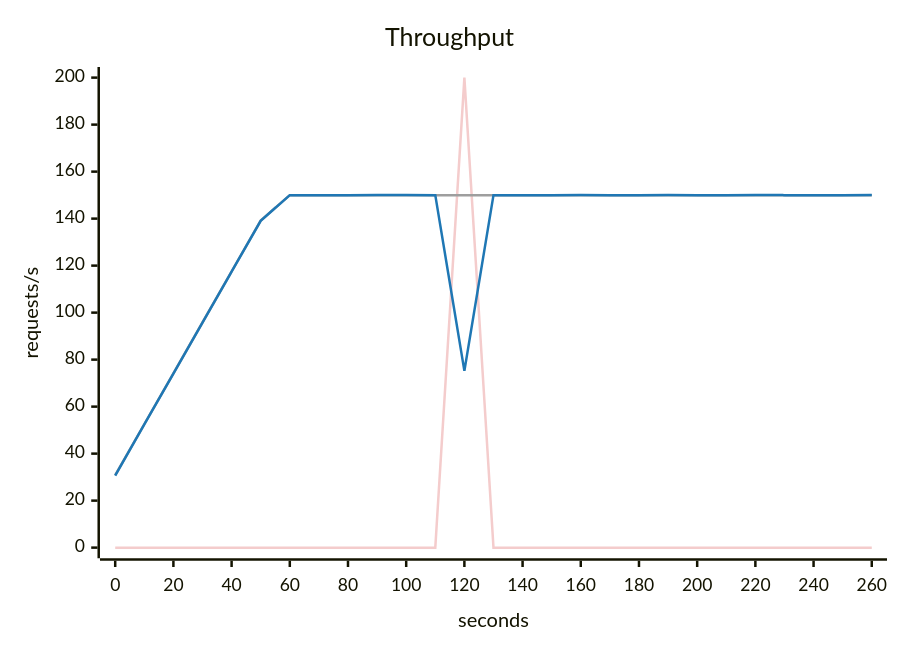
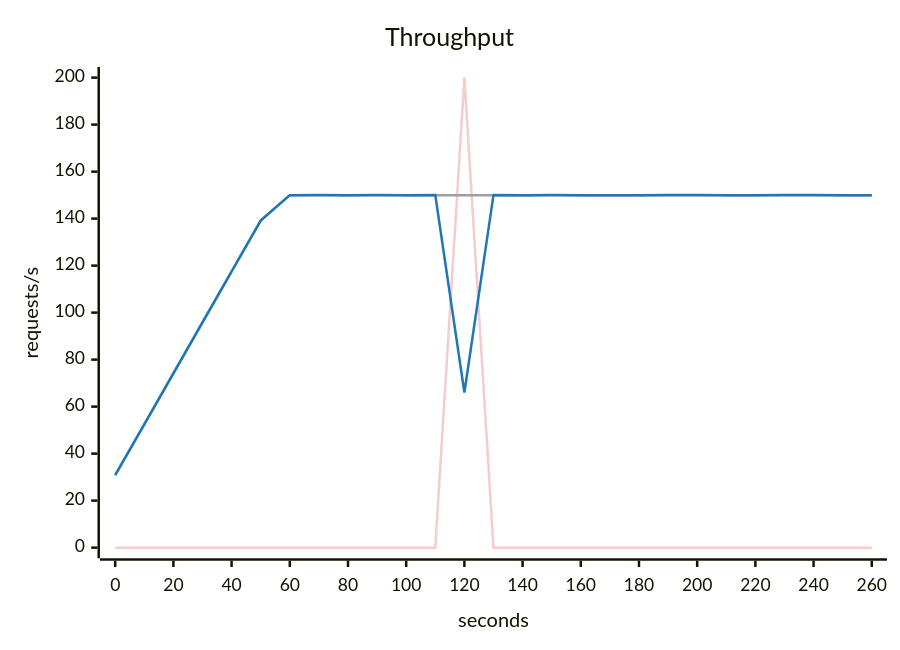
The second of 5 diagrams in scenarios/slow-dependency/solutions/fewer-retries/report.md (akinfemi/load-lore), drawn with Mermaid before and after one commit. The commit also changed other lines of this file and 23 other files, not shown here.

````diff
--- a/scenarios/slow-dependency/solutions/fewer-retries/report.md
+++ b/scenarios/slow-dependency/solutions/fewer-retries/report.md
@@ -36,16 +36,16 @@
 ```mermaid
 ---
 config:
   themeVariables:
     xyChart:
       backgroundColor: "transparent"
       plotColorPalette: "#f4cccc, #9e9e9e, #1f77b4"
 ---
 xychart-beta
     title "Throughput"
     x-axis "seconds" 0 --> 260
     y-axis "requests/s" 0 --> 200
     line [0, 0, 0, 0, 0, 0, 0, 0, 0, 0, 0, 0, 200, 0, 0, 0, 0, 0, 0, 0, 0, 0, 0, 0, 0, 0, 0]
     line [30.833, 52.5, 74.167, 95.833, 117.5, 139.167, 150, 150, 150, 150, 150, 150, 150, 150, 150, 150, 150, 150, 150, 150, 150, 150, 150, 150, 150, 150, 150]
-    line [30.68, 52.421, 74.09, 95.761, 117.419, 139.091, 149.998, 150, 149.985, 150.015, 150.015, 149.985, 75.215, 149.985, 150, 149.986, 150.014, 149.985, 150, 150.014, 149.985, 150, 150.015, 150, 150, 149.985, 150.015]
+    line [30.823, 52.49, 74.157, 95.81, 117.499, 139.171, 149.98, 150.004, 149.996, 150.015, 149.971, 150.015, 66.004, 150.002, 149.999, 150.001, 149.999, 150, 150, 150.001, 150.009, 149.985, 149.982, 150.018, 150.005, 150, 149.965]
 ```
````
